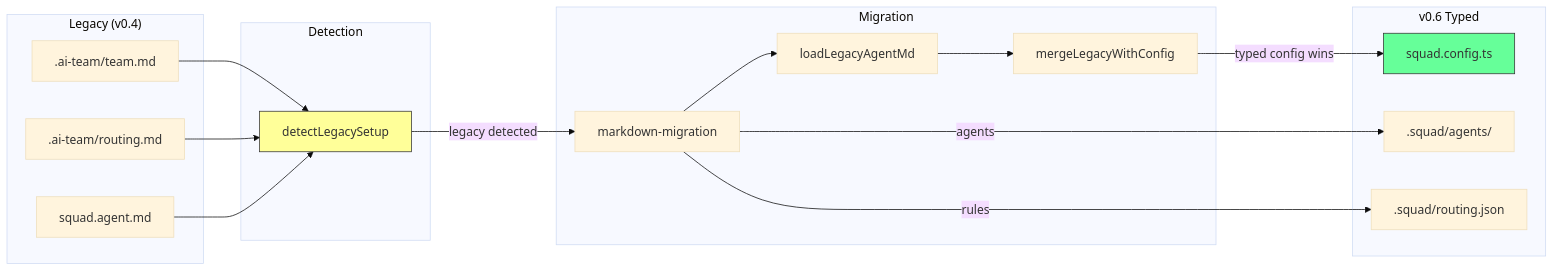
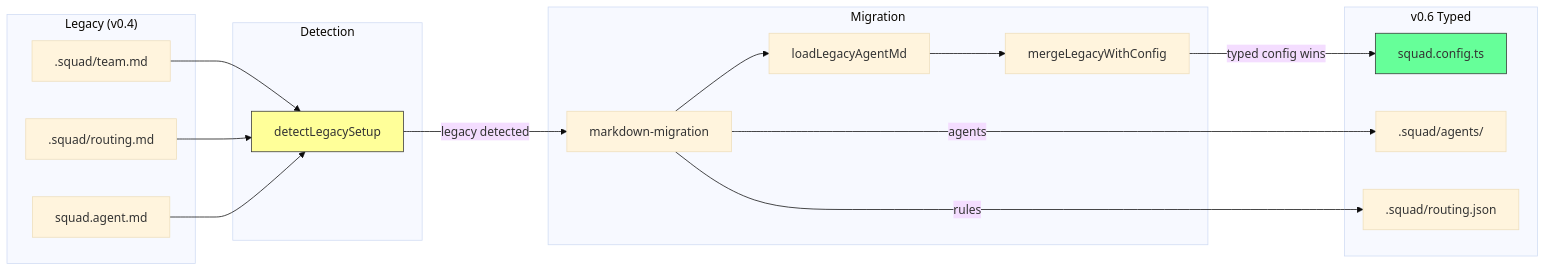
The fifth of 5 diagrams in docs/architecture/diagrams.md (bradygaster/squad-places), drawn with Mermaid (base theme) before and after one commit. The commit also changed other lines of this file and 36 other files, not shown here.

````diff
--- a/docs/architecture/diagrams.md
+++ b/docs/architecture/diagrams.md
@@ -101,37 +101,37 @@
 ```mermaid
 flowchart LR
   subgraph "Legacy (v0.4)"
-    L1[.ai-team/team.md]
-    L2[.ai-team/routing.md]
+    L1[.squad/team.md]
+    L2[.squad/routing.md]
     L3[squad.agent.md]
   end
 
   subgraph "Detection"
     D1[detectLegacySetup]
   end
 
   subgraph "Migration"
     M1[markdown-migration]
     M2[loadLegacyAgentMd]
     M3[mergeLegacyWithConfig]
   end
 
   subgraph "v0.6 Typed"
     T1[squad.config.ts]
     T2[.squad/agents/]
     T3[.squad/routing.json]
   end
 
   L1 --> D1
   L2 --> D1
   L3 --> D1
   D1 -->|legacy detected| M1
   M1 --> M2
   M2 --> M3
   M3 -->|typed config wins| T1
   M1 -->|agents| T2
   M1 -->|rules| T3
 
   style D1 fill:#ff9,stroke:#333
   style T1 fill:#6f9,stroke:#333
 ```
````
